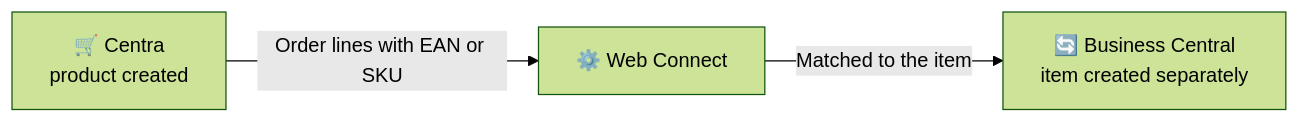
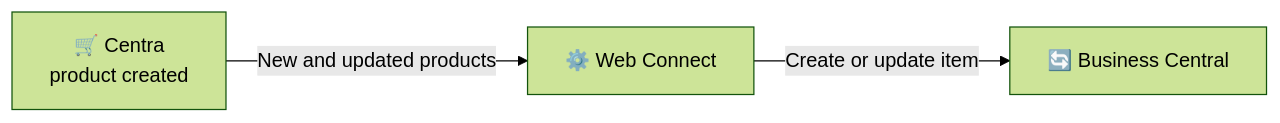
Before and after one commit to Combine-IT-ab/docs-general: the eighth of 15 diagrams in docs/products/web-connect/integrations/centra/overview.md, drawn with Mermaid (forest theme). The commit also changed other lines of this file and 2 other files, not shown here.

First line of the commit message:
Centra: verifierat mot fyra konfigexporter

````diff
--- a/docs/products/web-connect/integrations/centra/overview.md
+++ b/docs/products/web-connect/integrations/centra/overview.md
@@ -179,5 +178,5 @@
 ```mermaid
 flowchart LR
-    CE["🛒 Centra<br/>product created"] -->|Order lines with EAN or SKU| WC["⚙️ Web Connect"]
-    WC -->|Matched to the item| BC["🔄 Business Central<br/>item created separately"]
+    CE["🛒 Centra<br/>product created"] -->|New and updated products| WC["⚙️ Web Connect"]
+    WC -->|Create or update item| BC["🔄 Business Central"]
 ```
````
